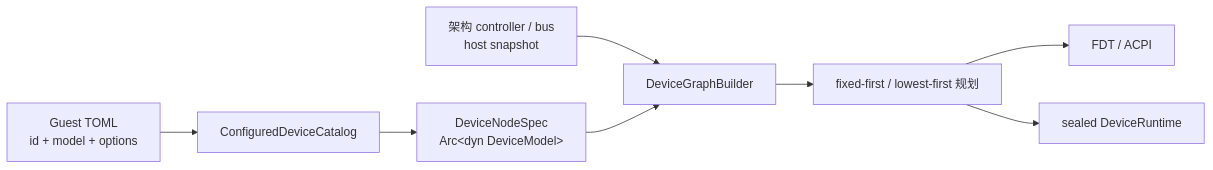
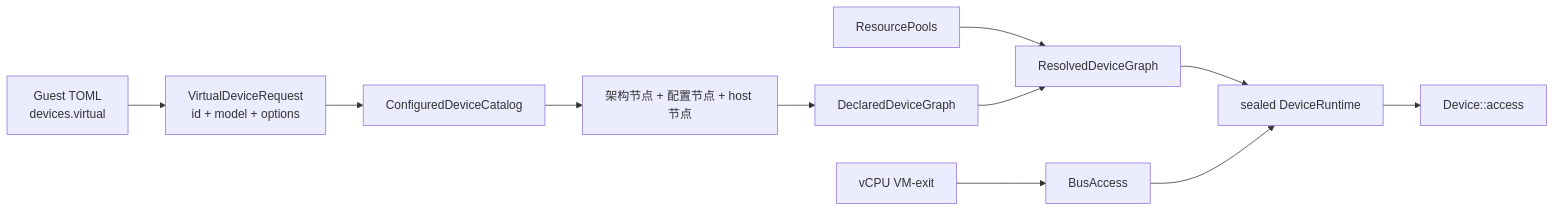
One commit to 451846939/tgoskits changed the second of 5 diagrams in docs/docs/architecture/axvisor/emulated-devices.md. Above: the diagram before and after it, drawn with Mermaid. The commit also changed other lines of this file, not shown here.

Commit message:
docs(axvisor): rewrite emulated-devices page as full framework reference (#2084)

````diff
--- a/docs/docs/architecture/axvisor/emulated-devices.md
+++ b/docs/docs/architecture/axvisor/emulated-devices.md
@@ -7,10 +110,20 @@
 ```mermaid
 flowchart LR
-    T["Guest TOML<br/>id + model + options"] --> C["ConfiguredDeviceCatalog"]
-    C --> N["DeviceNodeSpec<br/>Arc&lt;dyn DeviceModel&gt;"]
-    A["架构 controller / bus<br/>host snapshot"] --> G["DeviceGraphBuilder"]
-    N --> G
-    G --> P["fixed-first / lowest-first 规划"]
-    P --> F["FDT / ACPI"]
-    P --> R["sealed DeviceRuntime"]
+    Toml["Guest TOML<br/>devices.virtual"]
+    Request["VirtualDeviceRequest<br/>id + model + options"]
+    Catalog["ConfiguredDeviceCatalog"]
+    Nodes["架构节点 + 配置节点 + host 节点"]
+    Graph["DeclaredDeviceGraph"]
+    Pools["ResourcePools"]
+    Resolved["ResolvedDeviceGraph"]
+    Runtime["sealed DeviceRuntime"]
+    Exit["vCPU VM-exit"]
+    Access["BusAccess"]
+    Device["Device::access"]
+
+    Toml --> Request --> Catalog --> Nodes
+    Nodes --> Graph
+    Pools --> Resolved
+    Graph --> Resolved --> Runtime
+    Exit --> Access --> Runtime --> Device
 ```
````
